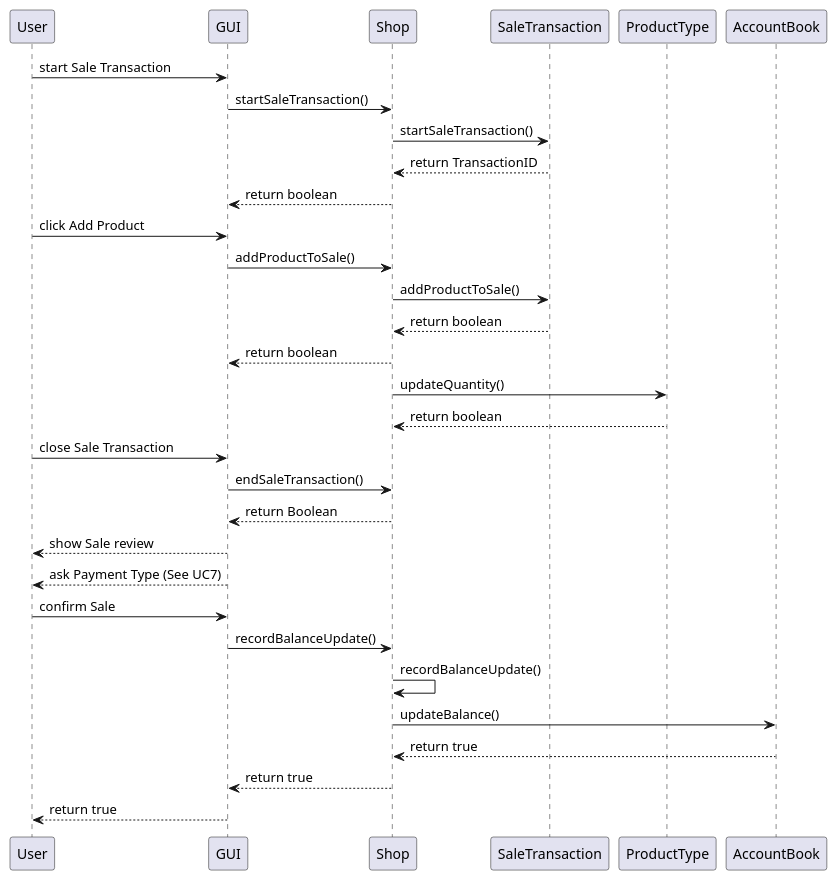
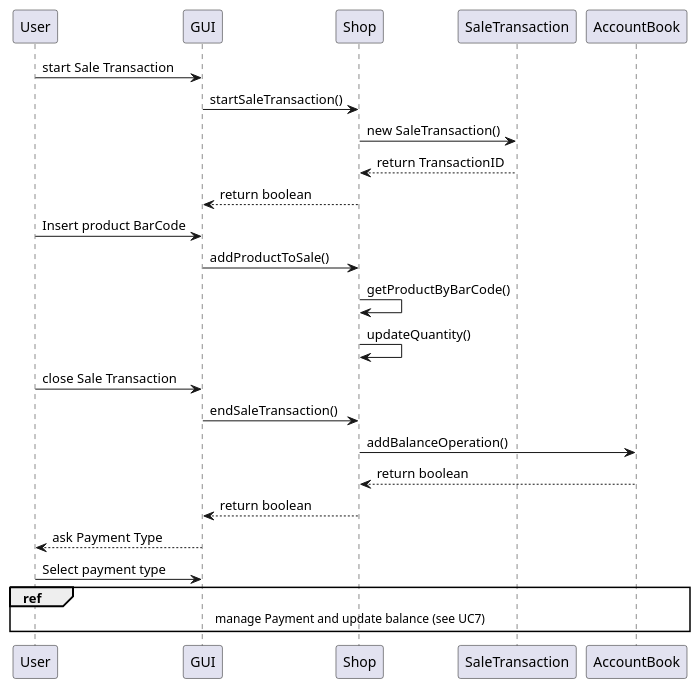
One commit to Stormz4/group20-EzShop changed diagram 11 of 18 in Deliverables/DesignDocument.md. Above: the diagram before and after it, drawn with PlantUML. The commit also changed other lines of this file, not shown here.

Commit message:
Doc: Modified various UC sequence

````diff
--- a/Deliverables/DesignDocument.md
+++ b/Deliverables/DesignDocument.md
@@ -440,28 +441,23 @@
 ```plantuml
 @startuml
 User -> GUI: start Sale Transaction
 GUI -> Shop: startSaleTransaction()
-Shop -> SaleTransaction: startSaleTransaction()
+Shop -> SaleTransaction: new SaleTransaction()
 SaleTransaction --> Shop: return TransactionID
 Shop --> GUI: return boolean
-User -> GUI: click Add Product
+User -> GUI: Insert product BarCode
 GUI -> Shop: addProductToSale()
-Shop -> SaleTransaction: addProductToSale()
-SaleTransaction --> Shop : return boolean
-Shop --> GUI: return boolean
-Shop -> ProductType : updateQuantity()
-ProductType --> Shop: return boolean
+Shop -> Shop: getProductByBarCode()
+Shop -> Shop : updateQuantity()
 User -> GUI: close Sale Transaction
 GUI -> Shop: endSaleTransaction()
-Shop --> GUI: return Boolean
-GUI --> User: show Sale review
-GUI --> User: ask Payment Type (See UC7)
-User -> GUI: confirm Sale
-GUI -> Shop: recordBalanceUpdate()
-Shop -> Shop: recordBalanceUpdate()
-Shop -> AccountBook: updateBalance()
-AccountBook --> Shop: return true
-Shop --> GUI: return true
-GUI --> User: return true
+Shop -> AccountBook: addBalanceOperation()
+AccountBook --> Shop: return boolean
+Shop --> GUI: return boolean
+GUI --> User: ask Payment Type
+User -> GUI: Select payment type
+ref over GUI, User, Shop, AccountBook
+ manage Payment and update balance (see UC7)
+end ref
 @enduml
 ```
````
